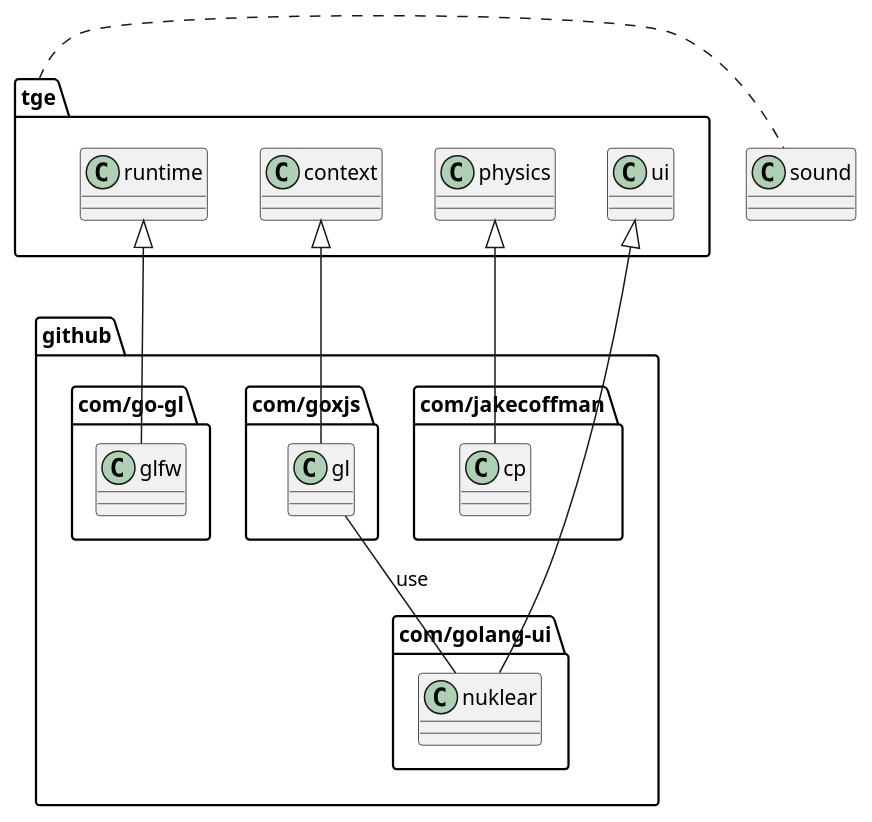
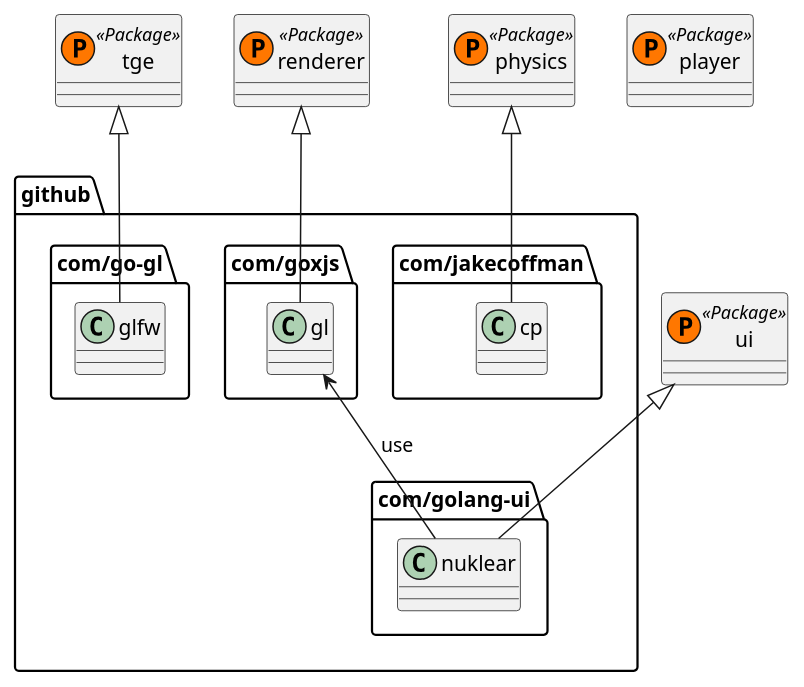
Before and after one commit to Thommil/tge: the diagram in specs/desktop-impl.puml, drawn with PlantUML. The commit also changed 21 other files, not shown here.

```diff
--- a/specs/desktop-impl.puml
+++ b/specs/desktop-impl.puml
@@ -2,8 +2,16 @@
 @startuml Desktop Implementation
-tge.runtime <|-- "github.com/go-gl.glfw"
-tge.context <|-- "github.com/goxjs.gl"
-tge.ui <|-- "github.com/golang-ui.nuklear"
-"github.com/goxjs.gl" -- "github.com/golang-ui.nuklear" : use
-tge.physics <|-- "github.com/jakecoffman.cp"
-tge.sound
+class tge << (P,#FF7700) Package >>
+tge <|-- "github.com/go-gl.glfw"
+
+class renderer << (P,#FF7700) Package >>
+renderer <|-- "github.com/goxjs.gl"
+
+class ui << (P,#FF7700) Package >>
+ui <|-- "github.com/golang-ui.nuklear"
+"github.com/goxjs.gl" <-- "github.com/golang-ui.nuklear" : use
+
+class physics << (P,#FF7700) Package >>
+physics <|-- "github.com/jakecoffman.cp"
+
+class player << (P,#FF7700) Package >>
 @enduml
```
